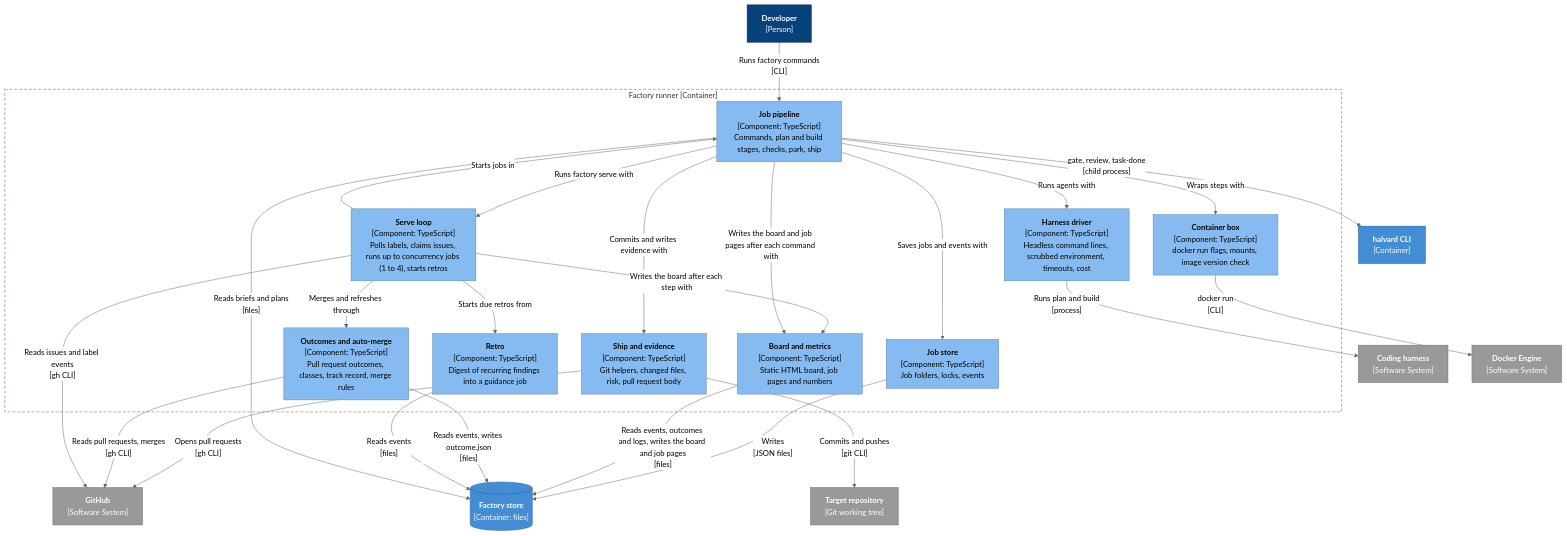
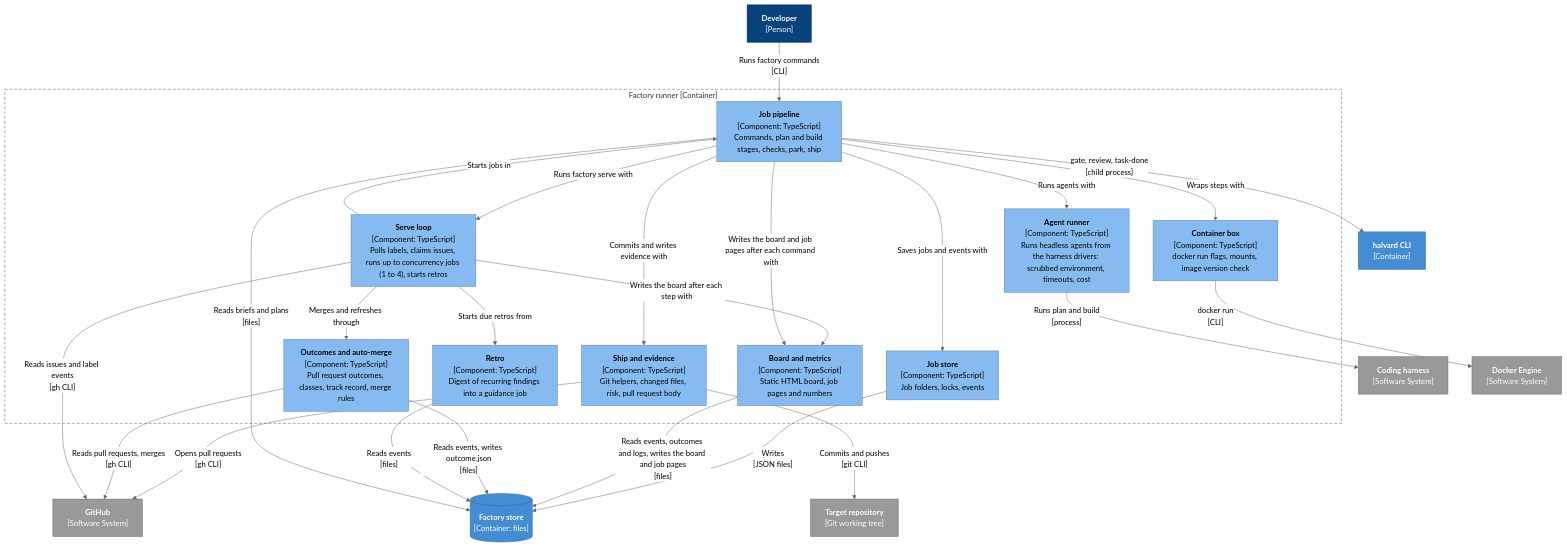
The fifth of 7 diagrams in docs/architecture.md (ghulando/halvard), drawn with Mermaid (neutral theme) before and after one commit. The commit also changed other lines of this file and 95 other files, not shown here.

````diff
--- a/docs/architecture.md
+++ b/docs/architecture.md
@@ -207,56 +207,56 @@
 ```mermaid
 flowchart TB
     dev["<b>Developer</b><br/>[Person]"]
     github["<b>GitHub</b><br/>[Software System]"]
     harness["<b>Coding harness</b><br/>[Software System]"]
     cli["<b>halvard CLI</b><br/>[Container]"]
     docker["<b>Docker Engine</b><br/>[Software System]"]
     jobs[("<b>Factory store</b><br/>[Container: files]")]
     repo["<b>Target repository</b><br/>[Git working tree]"]
 
     subgraph runner["Factory runner [Container]"]
         commands["<b>Job pipeline</b><br/>[Component: TypeScript]<br/>Commands, plan and build stages, checks, park, ship"]
         serve["<b>Serve loop</b><br/>[Component: TypeScript]<br/>Polls labels, claims issues, runs up to concurrency jobs (1 to 4), starts retros"]
-        driver["<b>Harness driver</b><br/>[Component: TypeScript]<br/>Headless command lines, scrubbed environment, timeouts, cost"]
+        driver["<b>Agent runner</b><br/>[Component: TypeScript]<br/>Runs headless agents from the harness drivers: scrubbed environment, timeouts, cost"]
         box["<b>Container box</b><br/>[Component: TypeScript]<br/>docker run flags, mounts, image version check"]
         store["<b>Job store</b><br/>[Component: TypeScript]<br/>Job folders, locks, events"]
         ship["<b>Ship and evidence</b><br/>[Component: TypeScript]<br/>Git helpers, changed files, risk, pull request body"]
         outcomes["<b>Outcomes and auto-merge</b><br/>[Component: TypeScript]<br/>Pull request outcomes, classes, track record, merge rules"]
         retro["<b>Retro</b><br/>[Component: TypeScript]<br/>Digest of recurring findings into a guidance job"]
         board["<b>Board and metrics</b><br/>[Component: TypeScript]<br/>Static HTML board, job pages and numbers"]
     end
 
     dev -- "Runs factory commands<br/>[CLI]" --> commands
     commands -- "Runs factory serve with" --> serve
     serve -- "Starts jobs in" --> commands
     serve -- "Merges and refreshes through" --> outcomes
     serve -- "Starts due retros from" --> retro
     commands -- "Runs agents with" --> driver
     commands -- "Wraps steps with" --> box
     commands -- "Saves jobs and events with" --> store
     commands -- "Commits and writes evidence with" --> ship
     commands -- "gate, review, task-done<br/>[child process]" --> cli
     driver -- "Runs plan and build<br/>[process]" --> harness
     box -- "docker run<br/>[CLI]" --> docker
     store -- "Writes<br/>[JSON files]" --> jobs
     ship -- "Commits and pushes<br/>[git CLI]" --> repo
     ship -- "Opens pull requests<br/>[gh CLI]" --> github
     outcomes -- "Reads pull requests, merges<br/>[gh CLI]" --> github
     serve -- "Reads issues and label events<br/>[gh CLI]" --> github
     serve -- "Writes the board after each step with" --> board
     commands -- "Writes the board and job pages after each command with" --> board
     board -- "Reads events, outcomes and logs, writes the board and job pages<br/>[files]" --> jobs
     outcomes -- "Reads events, writes outcome.json<br/>[files]" --> jobs
     retro -- "Reads events<br/>[files]" --> jobs
     commands -- "Reads briefs and plans<br/>[files]" --> jobs
 
     classDef person fill:#08427b,stroke:#052e56,color:#ffffff
     classDef component fill:#85bbf0,stroke:#5d82a8,color:#000000
     classDef external fill:#999999,stroke:#6b6b6b,color:#ffffff
     class dev person
     classDef container fill:#438dd5,stroke:#2e6295,color:#ffffff
     class commands,serve,driver,box,store,ship,outcomes,retro,board component
     class cli,jobs container
     class github,harness,docker,repo external
     style runner fill:none,stroke:#2e6295,stroke-dasharray:6 4
 ```
````
